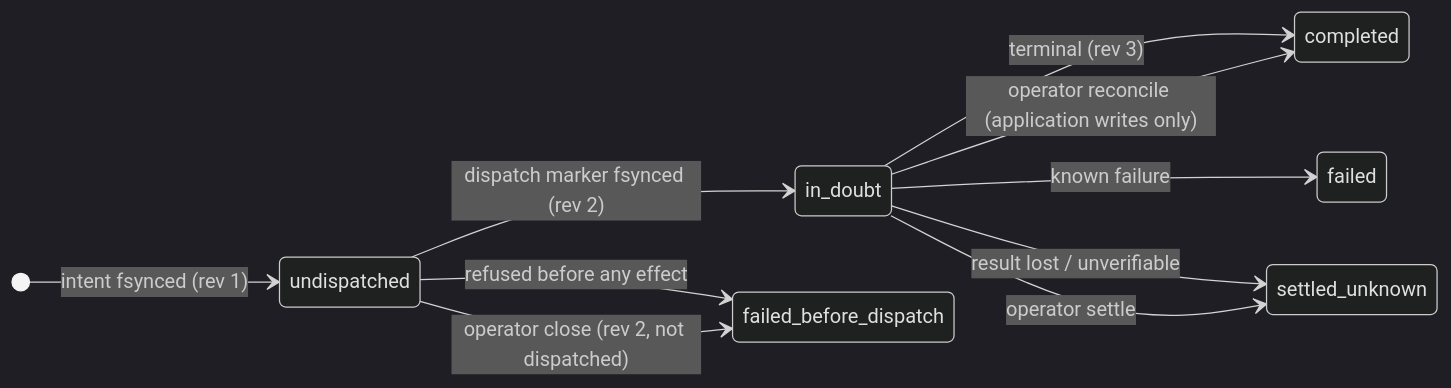
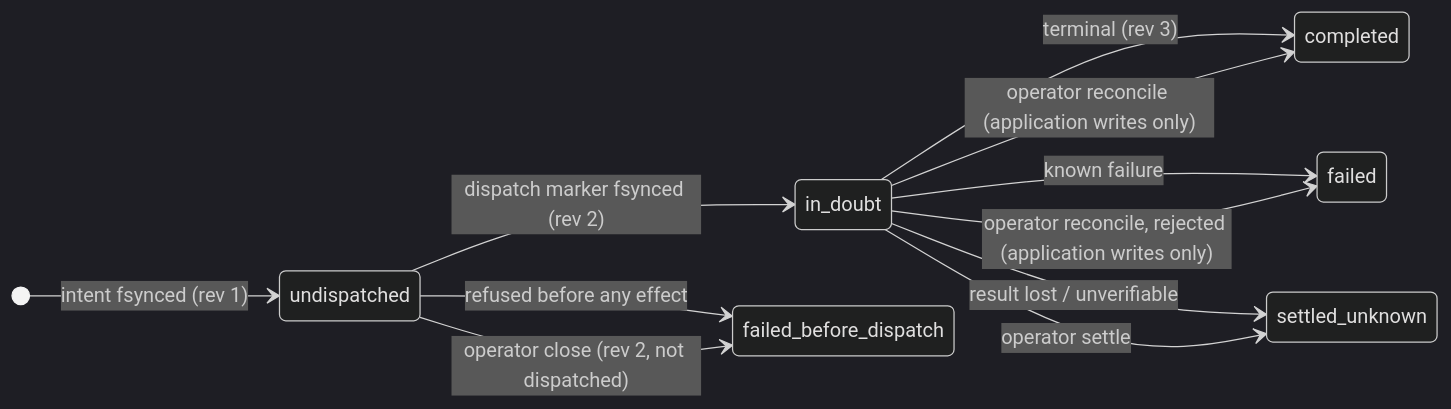
Before and after one commit to anvai-labs/agentbrowser: the diagram in docs/operations.md, drawn with Mermaid (dark theme). The commit also changed 6 other files, not shown here.

````diff
--- a/docs/operations.md
+++ b/docs/operations.md
@@ -125,13 +125,14 @@
 ```mermaid
 stateDiagram-v2
     direction LR
     [*] --> undispatched: intent fsynced (rev 1)
     undispatched --> in_doubt: dispatch marker fsynced (rev 2)
     undispatched --> failed_before_dispatch: refused before any effect
     in_doubt --> completed: terminal (rev 3)
     in_doubt --> failed: known failure
     in_doubt --> settled_unknown: result lost / unverifiable
     undispatched --> failed_before_dispatch: operator close (rev 2, not dispatched)
     in_doubt --> settled_unknown: operator settle
     in_doubt --> completed: operator reconcile (application writes only)
+    in_doubt --> failed: operator reconcile, rejected (application writes only)
 ```
````
